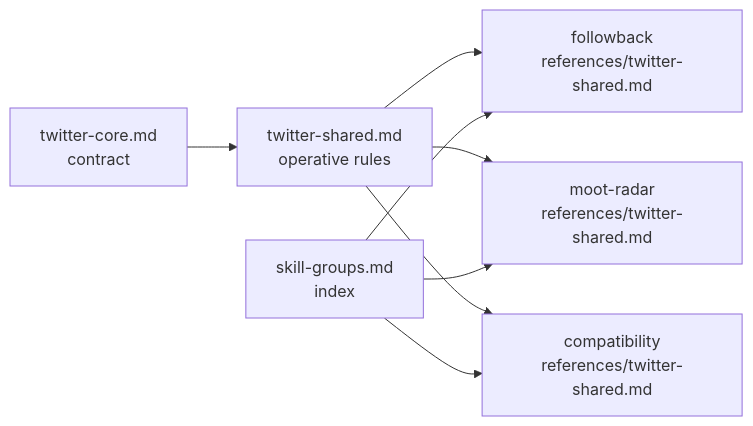
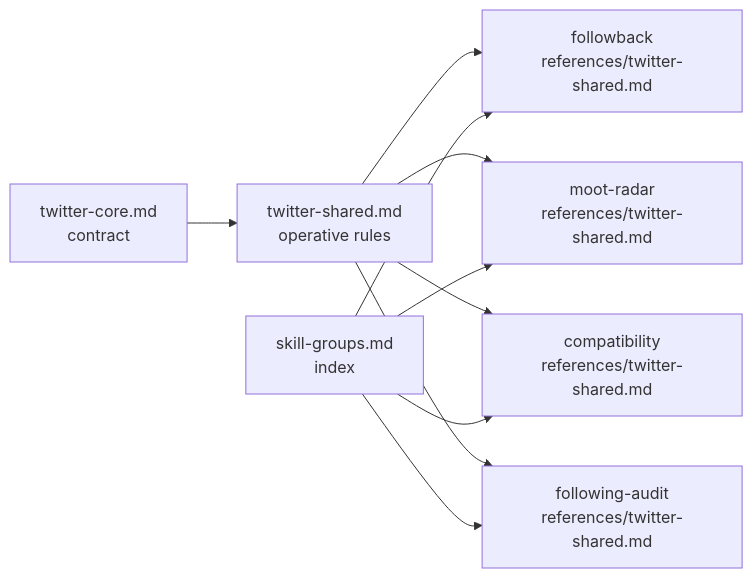
The diagram in lode/skills/twitter-group.md (johndkane/agent-skills), drawn with Mermaid before and after one commit. The commit also changed other lines of this file and 28 other files, not shown here.

First line of the commit message:
Add twitter-following-audit skill and group asking rules

````diff
--- a/lode/skills/twitter-group.md
+++ b/lode/skills/twitter-group.md
@@ -55,10 +66,12 @@
 ```mermaid
 flowchart LR
     C[twitter-core.md<br/>contract] --> S[twitter-shared.md<br/>operative rules]
     S --> F[followback<br/>references/twitter-shared.md]
     S --> M[moot-radar<br/>references/twitter-shared.md]
     S --> X[compatibility<br/>references/twitter-shared.md]
+    S --> A[following-audit<br/>references/twitter-shared.md]
     I[skill-groups.md<br/>index] --> F
     I --> M
     I --> X
+    I --> A
 ```
````
